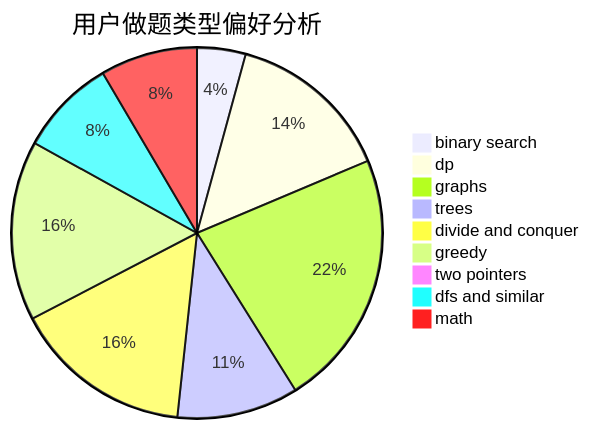
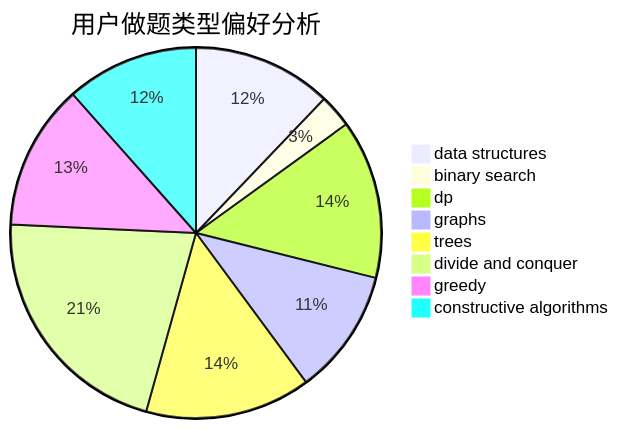
The second of 3 diagrams in docs/user/u1623.md (sherpahu/cfrs.github.io), drawn with Mermaid before and after one commit. The commit also changed other lines of this file and 2775 other files, not shown here.

````diff
--- a/docs/user/u1623.md
+++ b/docs/user/u1623.md
@@ -23,12 +23,11 @@
 ```mermaid
 pie title 用户做题类型偏好分析
-    "binary search" :  10
-    "dp" :  34
-    "graphs" :  53
+    "data structures" :  21
+    "binary search" :  5
+    "dp" :  24
+    "graphs" :  19
     "trees" :  25
     "divide and conquer" :  37
-    "greedy" :  37
-    "two pointers" :  0
-    "dfs and similar" :  20
-    "math" :  20
+    "greedy" :  22
+    "constructive algorithms" :  20
 ```
````
